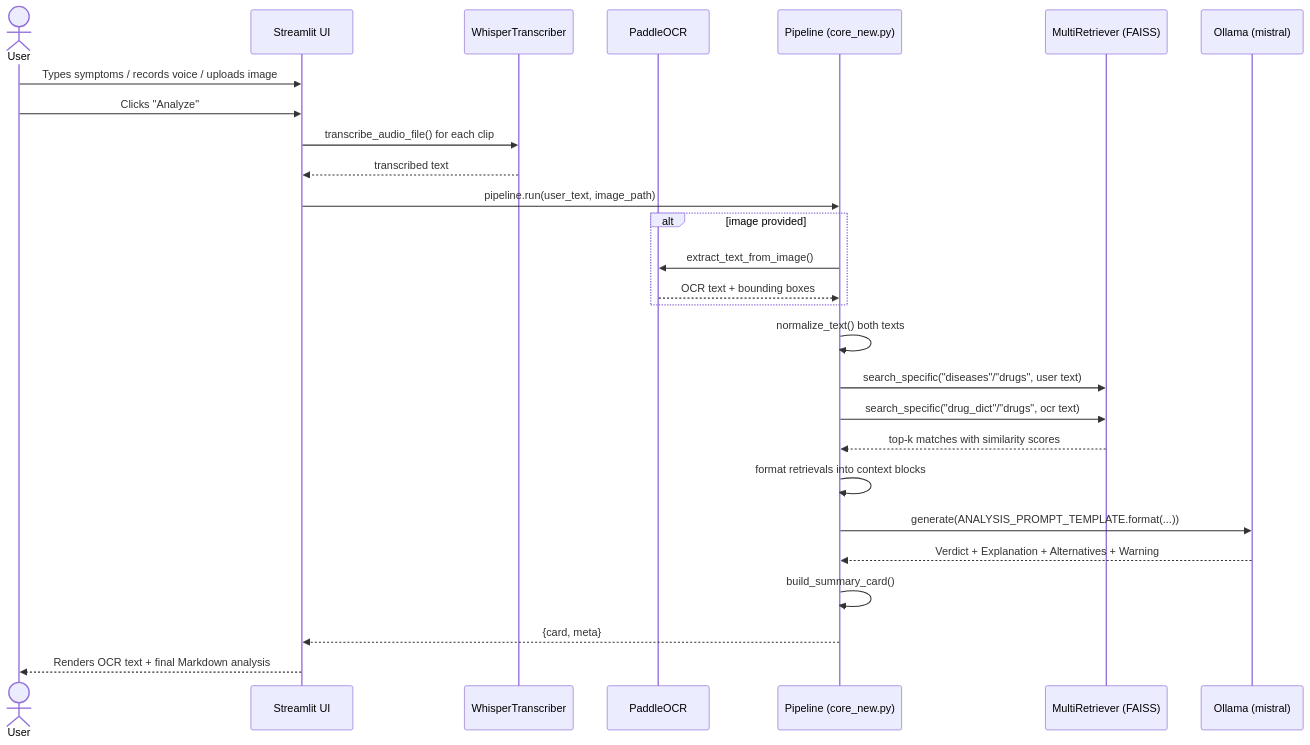
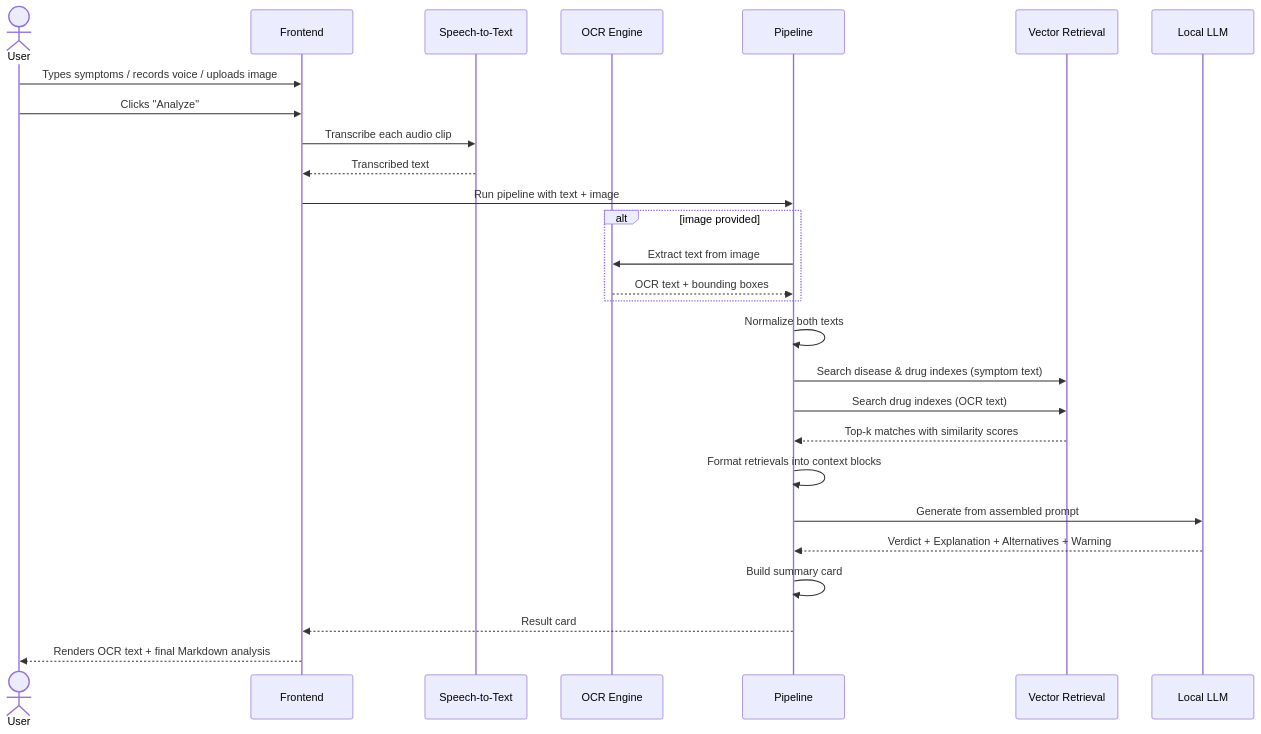
One commit to djcode0718/MediscanAI changed the third of 4 diagrams in README.md. Above: the diagram before and after it, drawn with Mermaid. The commit also changed other lines of this file, not shown here.

Commit message:
docs: simplify README architecture diagrams and update setup instructions for cross-platform support

````diff
--- a/README.md
+++ b/README.md
@@ -160,30 +160,30 @@
 ```mermaid
 sequenceDiagram
     actor User
-    participant UI as Streamlit UI
-    participant W as WhisperTranscriber
-    participant O as PaddleOCR
-    participant P as Pipeline (core_new.py)
-    participant Ret as MultiRetriever (FAISS)
-    participant LLM as Ollama (mistral)
+    participant UI as Frontend
+    participant Speech as Speech-to-Text
+    participant Vision as OCR Engine
+    participant Pipe as Pipeline
+    participant Ret as Vector Retrieval
+    participant LLM as Local LLM
 
     User->>UI: Types symptoms / records voice / uploads image
     User->>UI: Clicks "Analyze"
-    UI->>W: transcribe_audio_file() for each clip
-    W-->>UI: transcribed text
-    UI->>P: pipeline.run(user_text, image_path)
+    UI->>Speech: Transcribe each audio clip
+    Speech-->>UI: Transcribed text
+    UI->>Pipe: Run pipeline with text + image
     alt image provided
-        P->>O: extract_text_from_image()
-        O-->>P: OCR text + bounding boxes
+        Pipe->>Vision: Extract text from image
+        Vision-->>Pipe: OCR text + bounding boxes
     end
-    P->>P: normalize_text() both texts
-    P->>Ret: search_specific("diseases"/"drugs", user text)
-    P->>Ret: search_specific("drug_dict"/"drugs", ocr text)
-    Ret-->>P: top-k matches with similarity scores
-    P->>P: format retrievals into context blocks
-    P->>LLM: generate(ANALYSIS_PROMPT_TEMPLATE.format(...))
-    LLM-->>P: Verdict + Explanation + Alternatives + Warning
-    P->>P: build_summary_card()
-    P-->>UI: {card, meta}
+    Pipe->>Pipe: Normalize both texts
+    Pipe->>Ret: Search disease & drug indexes (symptom text)
+    Pipe->>Ret: Search drug indexes (OCR text)
+    Ret-->>Pipe: Top-k matches with similarity scores
+    Pipe->>Pipe: Format retrievals into context blocks
+    Pipe->>LLM: Generate from assembled prompt
+    LLM-->>Pipe: Verdict + Explanation + Alternatives + Warning
+    Pipe->>Pipe: Build summary card
+    Pipe-->>UI: Result card
     UI-->>User: Renders OCR text + final Markdown analysis
 ```
````
